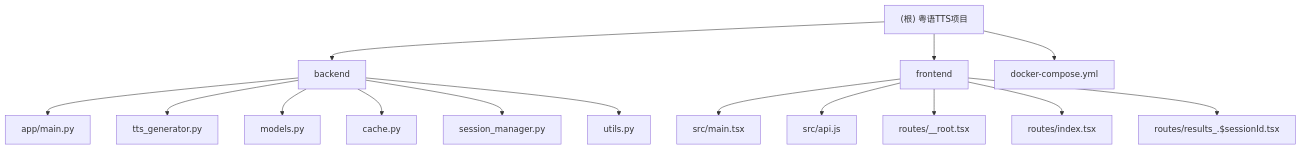
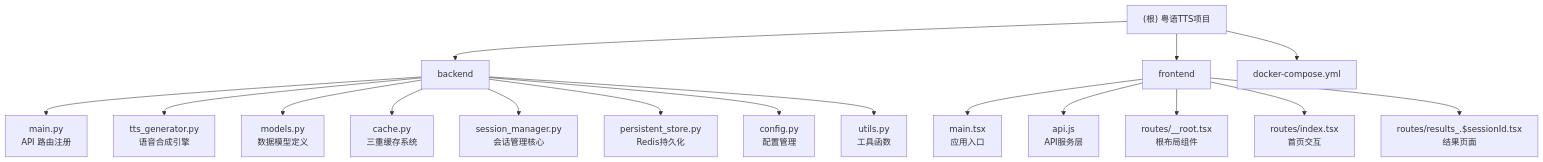
One commit to gptkong/cantonese-tts changed the diagram in CLAUDE.md. Above: the diagram before and after it, drawn with Mermaid. The commit also changed other lines of this file, not shown here.

````diff
--- a/CLAUDE.md
+++ b/CLAUDE.md
@@ -32,22 +33,24 @@
 ```mermaid
 graph TD
     A["(根) 粤语TTS项目"] --> B["backend"];
     A --> C["frontend"];
     A --> D["docker-compose.yml"];
 
-    B --> B1["app/main.py"];
-    B --> B2["tts_generator.py"];
-    B --> B3["models.py"];
-    B --> B4["cache.py"];
-    B --> B5["session_manager.py"];
-    B --> B6["utils.py"];
+    B --> B1["main.py<br/>API 路由注册"];
+    B --> B2["tts_generator.py<br/>语音合成引擎"];
+    B --> B3["models.py<br/>数据模型定义"];
+    B --> B4["cache.py<br/>三重缓存系统"];
+    B --> B5["session_manager.py<br/>会话管理核心"];
+    B --> B6["persistent_store.py<br/>Redis持久化"];
+    B --> B7["config.py<br/>配置管理"];
+    B --> B8["utils.py<br/>工具函数"];
 
-    C --> C1["src/main.tsx"];
-    C --> C2["src/api.js"];
-    C --> C3["routes/__root.tsx"];
-    C --> C4["routes/index.tsx"];
-    C --> C5["routes/results_.$sessionId.tsx"];
+    C --> C1["main.tsx<br/>应用入口"];
+    C --> C2["api.js<br/>API服务层"];
+    C --> C3["routes/__root.tsx<br/>根布局组件"];
+    C --> C4["routes/index.tsx<br/>首页交互"];
+    C --> C5["routes/results_.$sessionId.tsx<br/>结果页面"];
 
     click B "./backend/CLAUDE.md" "查看后端模块文档"
     click C "./frontend/CLAUDE.md" "查看前端模块文档"
 ```
````
